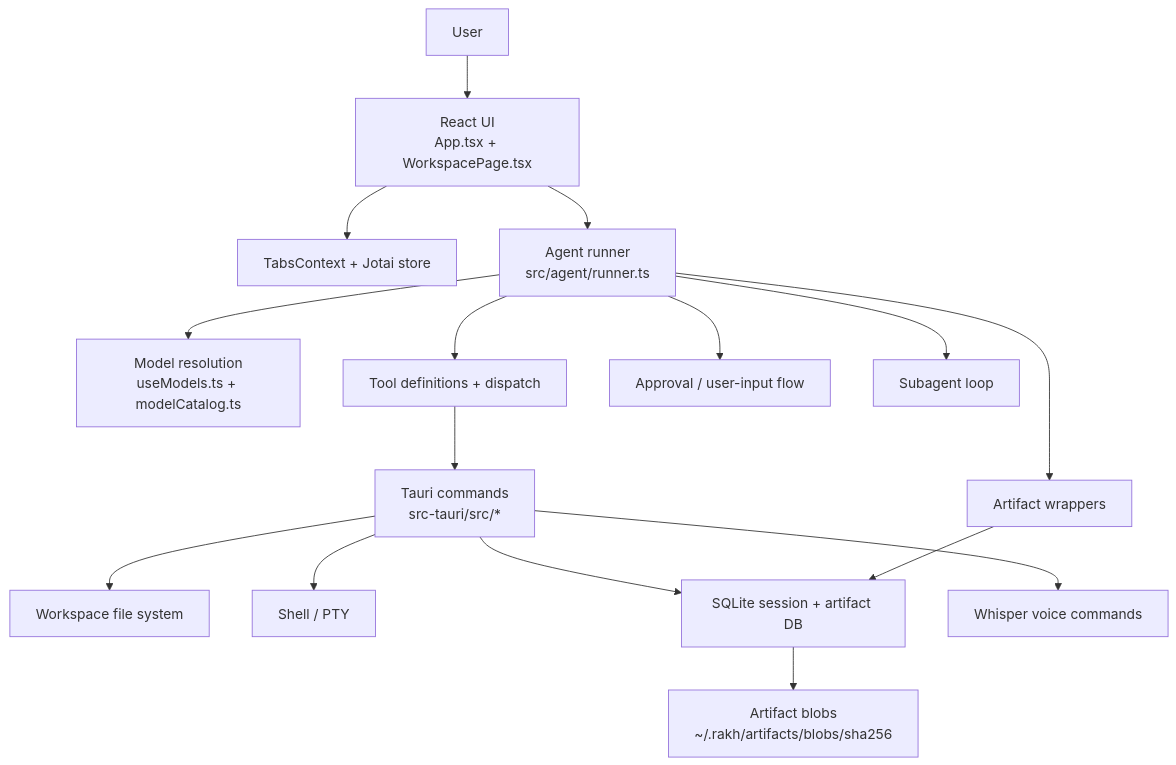
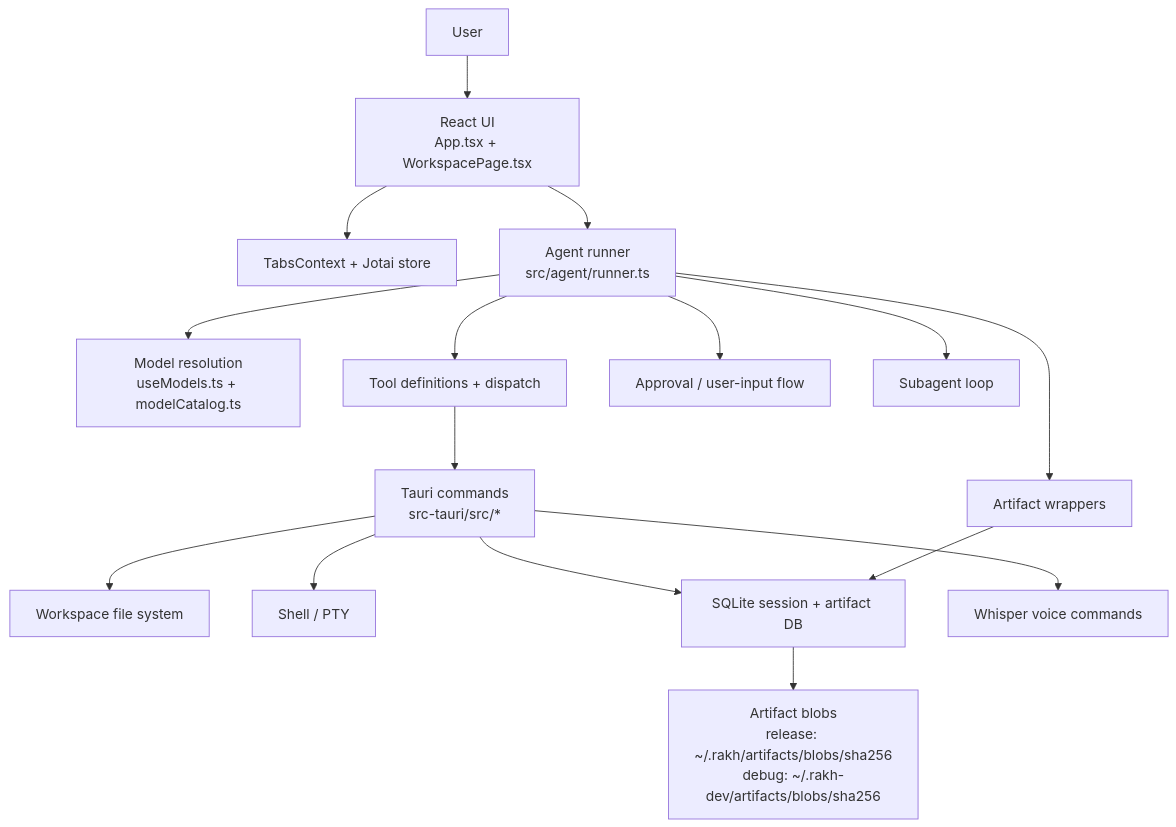
The diagram in docs/architecture.md (amir-s/rakh), drawn with Mermaid before and after one commit. The commit also changed other lines of this file and 9 other files, not shown here.

Commit message:
fix(storage): separate debug app store root from release

````diff
--- a/docs/architecture.md
+++ b/docs/architecture.md
@@ -19,18 +19,18 @@
 ```mermaid
 graph TB
     User["User"] --> UI["React UI<br/>App.tsx + WorkspacePage.tsx"]
     UI --> Tabs["TabsContext + Jotai store"]
     UI --> Runner["Agent runner<br/>src/agent/runner.ts"]
     Runner --> Models["Model resolution<br/>useModels.ts + modelCatalog.ts"]
     Runner --> Tools["Tool definitions + dispatch"]
     Runner --> Approvals["Approval / user-input flow"]
     Runner --> Subagents["Subagent loop"]
     Tools --> Tauri["Tauri commands<br/>src-tauri/src/*"]
     Tauri --> FS["Workspace file system"]
     Tauri --> Exec["Shell / PTY"]
     Tauri --> SQLite["SQLite session + artifact DB"]
     Tauri --> Whisper["Whisper voice commands"]
     Runner --> Artifacts["Artifact wrappers"]
     Artifacts --> SQLite
-    SQLite --> Blobs["Artifact blobs<br/>~/.rakh/artifacts/blobs/sha256"]
+    SQLite --> Blobs["Artifact blobs<br/>release: ~/.rakh/artifacts/blobs/sha256<br/>debug: ~/.rakh-dev/artifacts/blobs/sha256"]
 ```
````
